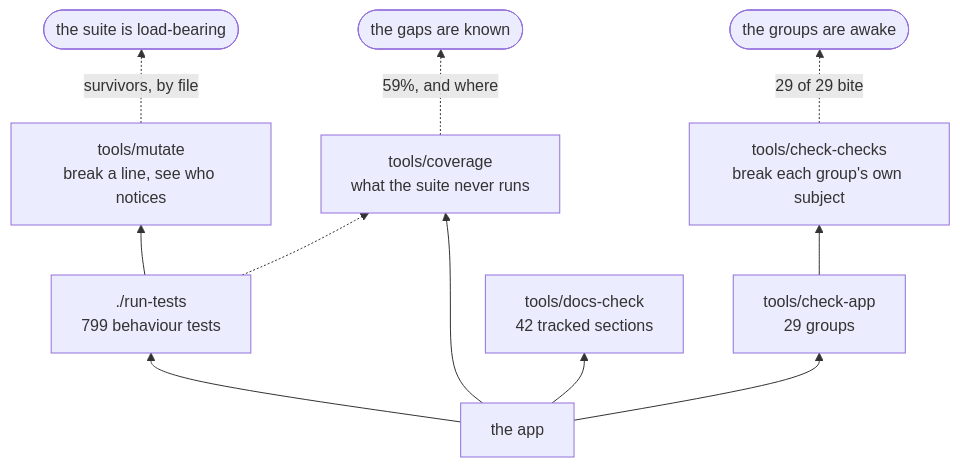
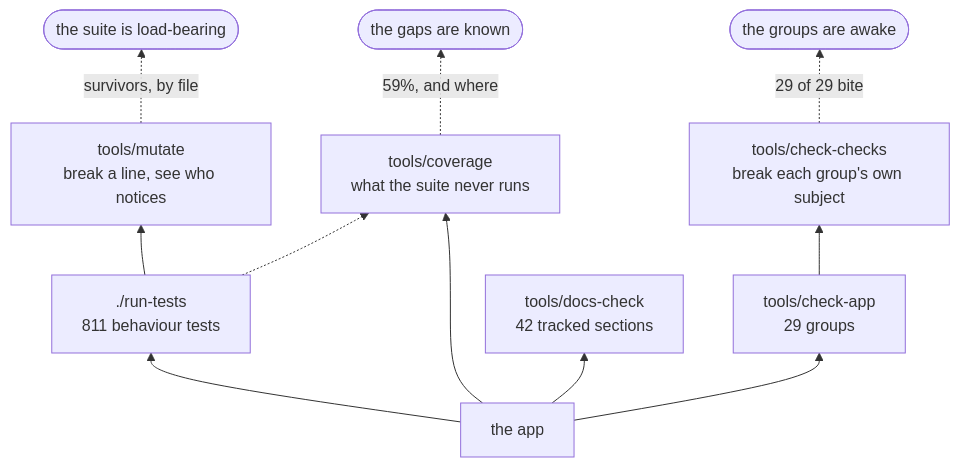
Before and after one commit to minormending/crystal-pilot-mobile: the second of 2 diagrams in docs/DEVELOPING.md, drawn with Mermaid. The commit also changed other lines of this file and 3 other files, not shown here.

````diff
--- a/docs/DEVELOPING.md
+++ b/docs/DEVELOPING.md
@@ -127,13 +127,13 @@
 ```mermaid
 flowchart BT
-    C["the app"] --> T["./run-tests<br/>799 behaviour tests"]
+    C["the app"] --> T["./run-tests<br/>811 behaviour tests"]
     C --> A["tools/check-app<br/>29 groups"]
     C --> D["tools/docs-check<br/>42 tracked sections"]
     C --> V["tools/coverage<br/>what the suite never runs"]
     T --> M["tools/mutate<br/>break a line, see who notices"]
     A --> K["tools/check-checks<br/>break each group's own subject"]
     T -.-> V
     M -.->|"survivors, by file"| R(["the suite is load-bearing"])
     K -.->|"29 of 29 bite"| R2(["the groups are awake"])
     V -.->|"59%, and where"| R3(["the gaps are known"])
 ```
````
